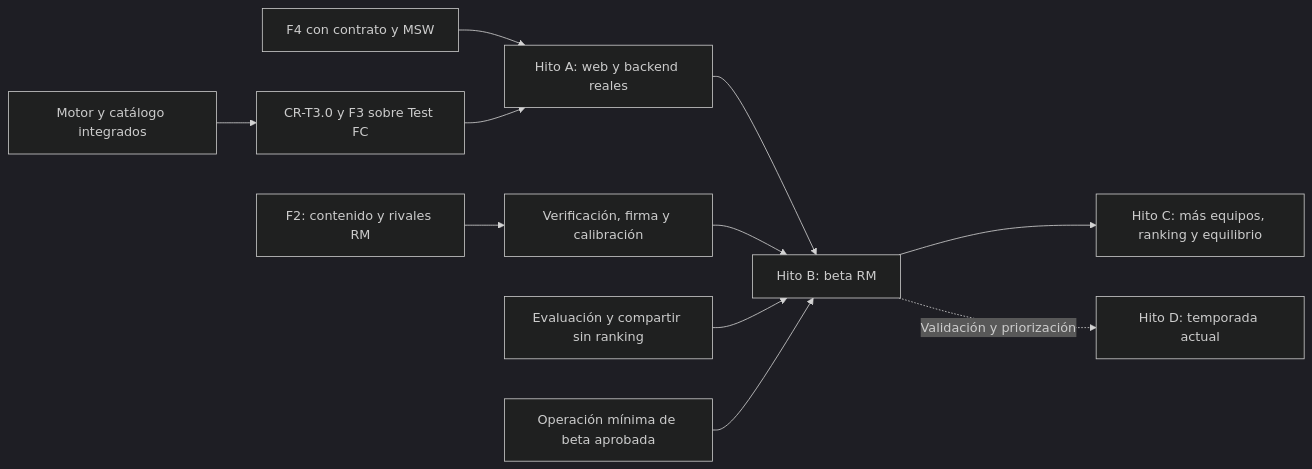
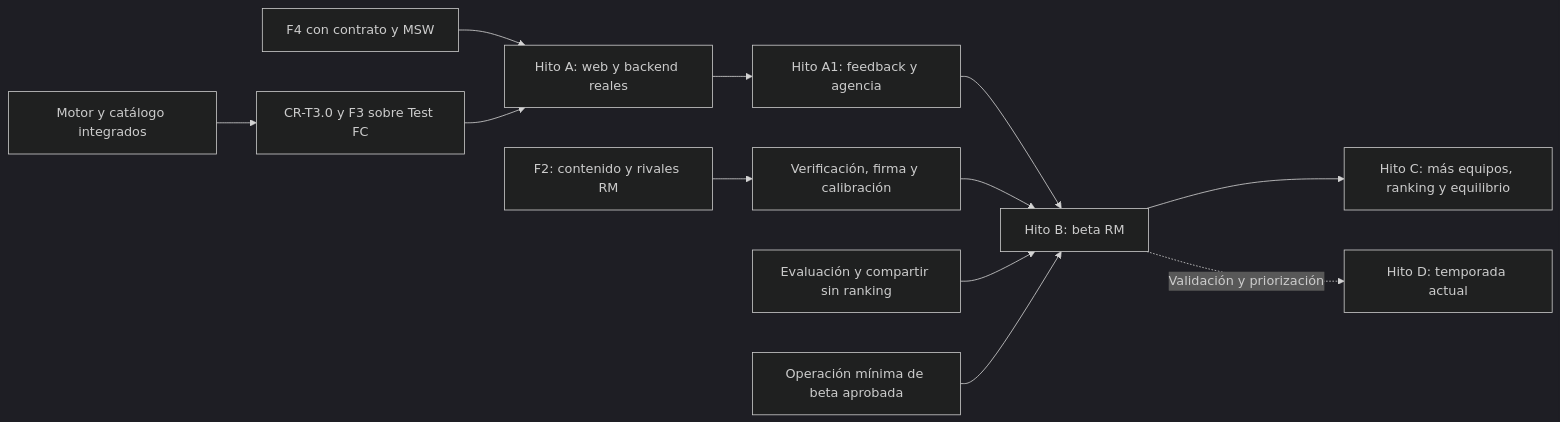
Before and after one commit to migue99angel/mister-historico: the second of 2 diagrams in docs/PLAN.md, drawn with Mermaid (dark theme). The commit also changed other lines of this file and 3 other files, not shown here.

Commit message:
docs(gameplay): plan pre-beta feedback and agency milestone

````diff
--- a/docs/PLAN.md
+++ b/docs/PLAN.md
@@ -284,13 +285,14 @@
 ```mermaid
 flowchart LR
   Base[Motor y catálogo integrados] --> Run[CR-T3.0 y F3 sobre Test FC]
   UI[F4 con contrato y MSW] --> A[Hito A: web y backend reales]
   Run --> A
   Data[F2: contenido y rivales RM] --> Sign[Verificación, firma y calibración]
-  A --> B[Hito B: beta RM]
+  A --> A1[Hito A1: feedback y agencia]
+  A1 --> B[Hito B: beta RM]
   Sign --> B
   Final[Evaluación y compartir sin ranking] --> B
   Ops[Operación mínima de beta aprobada] --> B
   B --> C[Hito C: más equipos, ranking y equilibrio]
   B -. Validación y priorización .-> D[Hito D: temporada actual]
 ```
````
